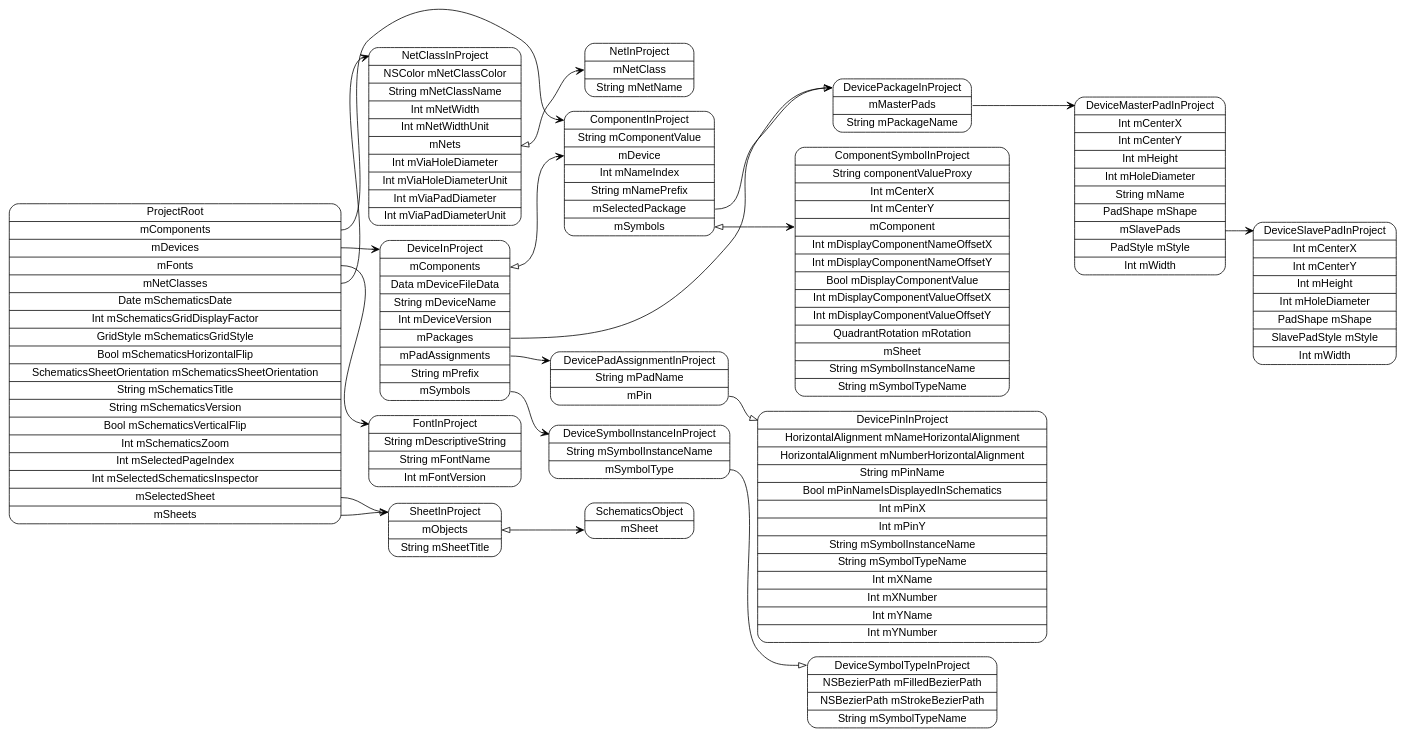
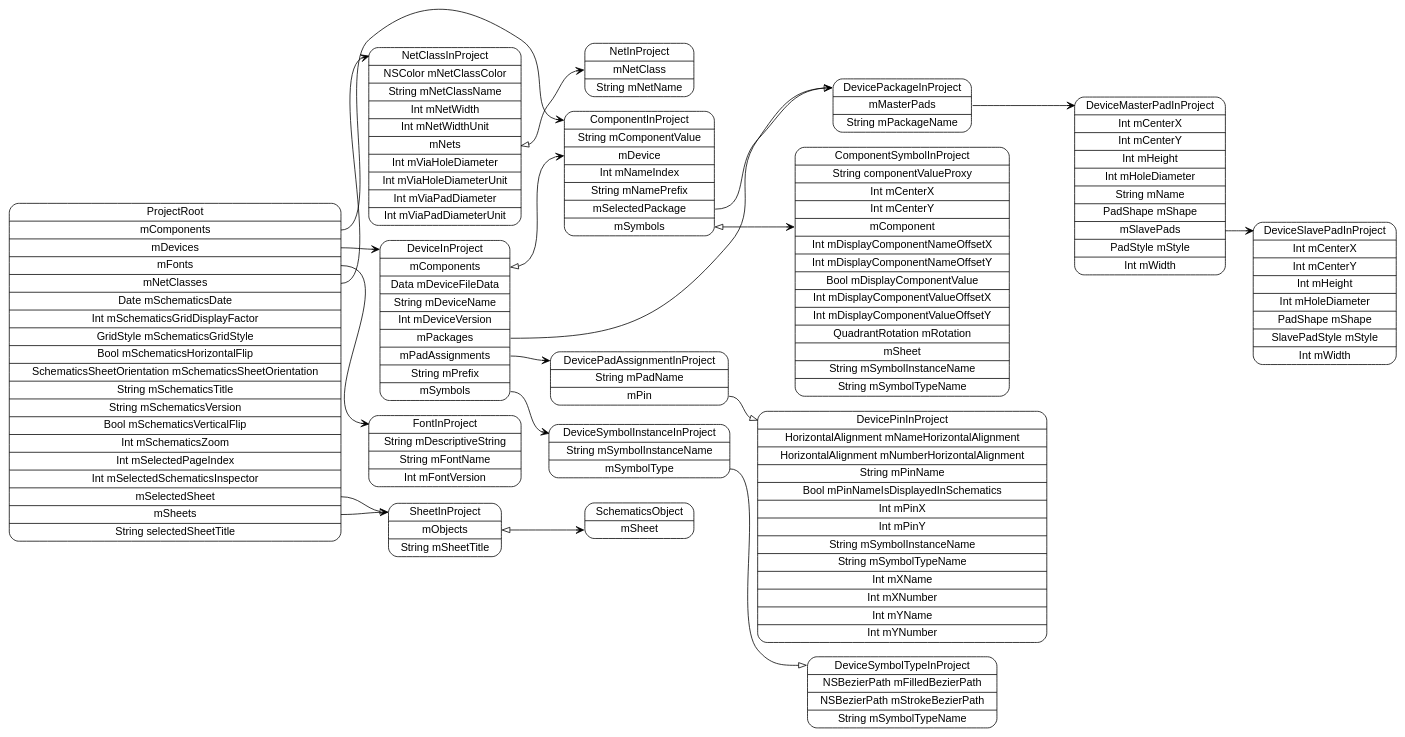
One commit to pierremolinaro/ElCanari-dev changed the diagram in models/ProjectRoot.dot. Above: the diagram before and after it, drawn with Graphviz. The commit also changed 7 other files, not shown here.

```diff
--- a/models/ProjectRoot.dot
+++ b/models/ProjectRoot.dot
@@ -1,38 +1,38 @@
 digraph G {
   rankdir=LR ;
   node [shape=record fontname=helvetica style=rounded] ;
-  ProjectRoot[label="<ProjectRoot>ProjectRoot|<mComponents>mComponents|<mDevices>mDevices|<mFonts>mFonts|<mNetClasses>mNetClasses|Date mSchematicsDate|Int mSchematicsGridDisplayFactor|GridStyle mSchematicsGridStyle|Bool mSchematicsHorizontalFlip|SchematicsSheetOrientation mSchematicsSheetOrientation|String mSchematicsTitle|String mSchematicsVersion|Bool mSchematicsVerticalFlip|Int mSchematicsZoom|Int mSelectedPageIndex|Int mSelectedSchematicsInspector|<mSelectedSheet>mSelectedSheet|<mSheets>mSheets"] ;
+  ProjectRoot[label="<ProjectRoot>ProjectRoot|<mComponents>mComponents|<mDevices>mDevices|<mFonts>mFonts|<mNetClasses>mNetClasses|Date mSchematicsDate|Int mSchematicsGridDisplayFactor|GridStyle mSchematicsGridStyle|Bool mSchematicsHorizontalFlip|SchematicsSheetOrientation mSchematicsSheetOrientation|String mSchematicsTitle|String mSchematicsVersion|Bool mSchematicsVerticalFlip|Int mSchematicsZoom|Int mSelectedPageIndex|Int mSelectedSchematicsInspector|<mSelectedSheet>mSelectedSheet|<mSheets>mSheets|String selectedSheetTitle"] ;
   SheetInProject[label="<SheetInProject>SheetInProject|<mObjects>mObjects|String mSheetTitle"] ;
   SchematicsObject[label="<SchematicsObject>SchematicsObject|<mSheet>mSheet"] ;
   NetClassInProject[label="<NetClassInProject>NetClassInProject|NSColor mNetClassColor|String mNetClassName|Int mNetWidth|Int mNetWidthUnit|<mNets>mNets|Int mViaHoleDiameter|Int mViaHoleDiameterUnit|Int mViaPadDiameter|Int mViaPadDiameterUnit"] ;
   NetInProject[label="<NetInProject>NetInProject|<mNetClass>mNetClass|String mNetName"] ;
   FontInProject[label="<FontInProject>FontInProject|String mDescriptiveString|String mFontName|Int mFontVersion"] ;
   DeviceInProject[label="<DeviceInProject>DeviceInProject|<mComponents>mComponents|Data mDeviceFileData|String mDeviceName|Int mDeviceVersion|<mPackages>mPackages|<mPadAssignments>mPadAssignments|String mPrefix|<mSymbols>mSymbols"] ;
   DeviceSymbolInstanceInProject[label="<DeviceSymbolInstanceInProject>DeviceSymbolInstanceInProject|String mSymbolInstanceName|<mSymbolType>mSymbolType"] ;
   DeviceSymbolTypeInProject[label="<DeviceSymbolTypeInProject>DeviceSymbolTypeInProject|NSBezierPath mFilledBezierPath|NSBezierPath mStrokeBezierPath|String mSymbolTypeName"] ;
   DevicePadAssignmentInProject[label="<DevicePadAssignmentInProject>DevicePadAssignmentInProject|String mPadName|<mPin>mPin"] ;
   DevicePinInProject[label="<DevicePinInProject>DevicePinInProject|HorizontalAlignment mNameHorizontalAlignment|HorizontalAlignment mNumberHorizontalAlignment|String mPinName|Bool mPinNameIsDisplayedInSchematics|Int mPinX|Int mPinY|String mSymbolInstanceName|String mSymbolTypeName|Int mXName|Int mXNumber|Int mYName|Int mYNumber"] ;
   DevicePackageInProject[label="<DevicePackageInProject>DevicePackageInProject|<mMasterPads>mMasterPads|String mPackageName"] ;
   DeviceMasterPadInProject[label="<DeviceMasterPadInProject>DeviceMasterPadInProject|Int mCenterX|Int mCenterY|Int mHeight|Int mHoleDiameter|String mName|PadShape mShape|<mSlavePads>mSlavePads|PadStyle mStyle|Int mWidth"] ;
   DeviceSlavePadInProject[label="<DeviceSlavePadInProject>DeviceSlavePadInProject|Int mCenterX|Int mCenterY|Int mHeight|Int mHoleDiameter|PadShape mShape|SlavePadStyle mStyle|Int mWidth"] ;
   ComponentInProject[label="<ComponentInProject>ComponentInProject|String mComponentValue|<mDevice>mDevice|Int mNameIndex|String mNamePrefix|<mSelectedPackage>mSelectedPackage|<mSymbols>mSymbols"] ;
   ComponentSymbolInProject[label="<ComponentSymbolInProject>ComponentSymbolInProject|String componentValueProxy|Int mCenterX|Int mCenterY|<mComponent>mComponent|Int mDisplayComponentNameOffsetX|Int mDisplayComponentNameOffsetY|Bool mDisplayComponentValue|Int mDisplayComponentValueOffsetX|Int mDisplayComponentValueOffsetY|QuadrantRotation mRotation|<mSheet>mSheet|String mSymbolInstanceName|String mSymbolTypeName"] ;
   ProjectRoot:mComponents -> ComponentInProject:ComponentInProject [dir=both arrowtail=none arrowhead=vee] ;
   ProjectRoot:mDevices -> DeviceInProject:DeviceInProject [dir=both arrowtail=none arrowhead=vee] ;
   ProjectRoot:mFonts -> FontInProject:FontInProject [dir=both arrowtail=none arrowhead=vee] ;
   ProjectRoot:mNetClasses -> NetClassInProject:NetClassInProject [dir=both arrowtail=none arrowhead=vee] ;
   ProjectRoot:mSelectedSheet -> SheetInProject:SheetInProject [dir=both arrowtail=none arrowhead=onormal] ;
   ProjectRoot:mSheets -> SheetInProject:SheetInProject [dir=both arrowtail=none arrowhead=vee] ;
   SheetInProject:mObjects -> SchematicsObject:mSheet [dir=both arrowtail=onormal arrowhead=vee] ;
   NetClassInProject:mNets -> NetInProject:mNetClass [dir=both arrowtail=onormal arrowhead=vee] ;
   DeviceInProject:mComponents -> ComponentInProject:mDevice [dir=both arrowtail=onormal arrowhead=vee] ;
   DeviceInProject:mPackages -> DevicePackageInProject:DevicePackageInProject [dir=both arrowtail=none arrowhead=vee] ;
   DeviceInProject:mPadAssignments -> DevicePadAssignmentInProject:DevicePadAssignmentInProject [dir=both arrowtail=none arrowhead=vee] ;
   DeviceInProject:mSymbols -> DeviceSymbolInstanceInProject:DeviceSymbolInstanceInProject [dir=both arrowtail=none arrowhead=vee] ;
   DeviceSymbolInstanceInProject:mSymbolType -> DeviceSymbolTypeInProject:DeviceSymbolTypeInProject [dir=both arrowtail=none arrowhead=onormal] ;
   DevicePadAssignmentInProject:mPin -> DevicePinInProject:DevicePinInProject [dir=both arrowtail=none arrowhead=onormal] ;
   DevicePackageInProject:mMasterPads -> DeviceMasterPadInProject:DeviceMasterPadInProject [dir=both arrowtail=none arrowhead=vee] ;
   DeviceMasterPadInProject:mSlavePads -> DeviceSlavePadInProject:DeviceSlavePadInProject [dir=both arrowtail=none arrowhead=vee] ;
   ComponentInProject:mSelectedPackage -> DevicePackageInProject:DevicePackageInProject [dir=both arrowtail=none arrowhead=onormal] ;
   ComponentInProject:mSymbols -> ComponentSymbolInProject:mComponent [dir=both arrowtail=onormal arrowhead=vee] ;
 }
```
